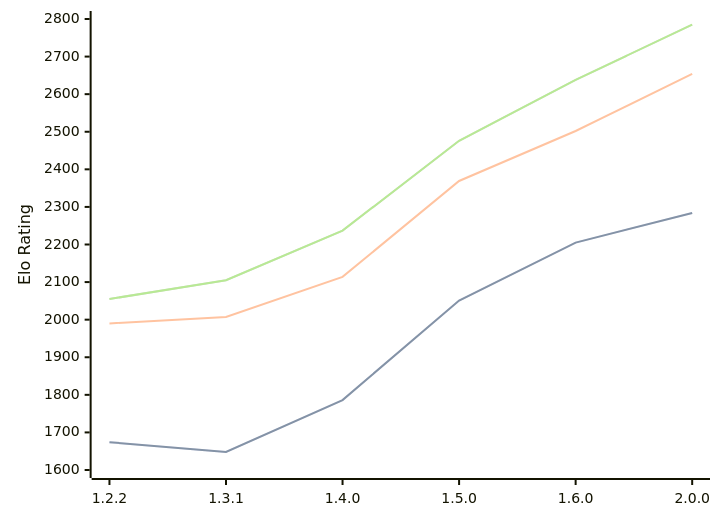
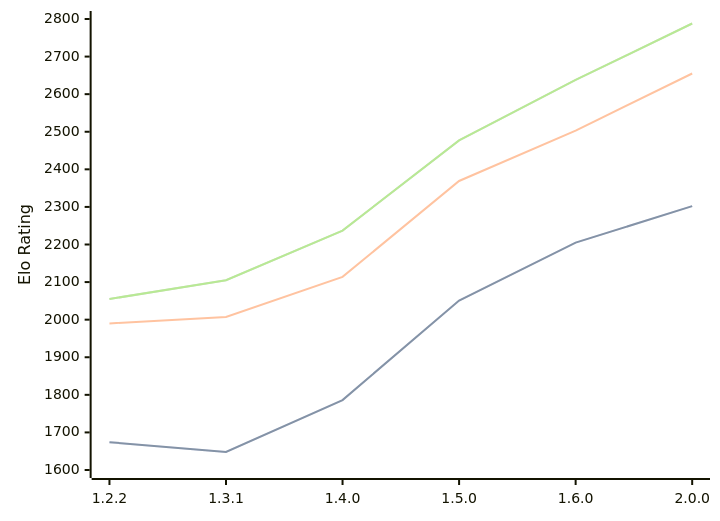
One commit to computer-chess-index/cci changed the diagram in engines/SoloEngine.md. Above: the diagram before and after it, drawn with Mermaid. The commit also changed other lines of this file, not shown here.

Commit message:
Update CCI Ratings (ELO VLTC) - 2026-03-28

````diff
--- a/engines/SoloEngine.md
+++ b/engines/SoloEngine.md
@@ -36,11 +36,11 @@
 ```mermaid
 %%{init: {"theme":"base","themeVariables":{"seriesColors:['#a3a3a3','#222221','#faa371']}}}%%
 xychart-beta
   x-axis ["1.2.2", "1.3.1", "1.4.0", "1.5.0", "1.6.0", "2.0.0"]
   y-axis "Elo Rating" 1600 --> 2800
-  line "STC (8.0+0.08s)" [1674, 1648, 1786, 2051, 2205, 2284]
-  line "STC (8.0+0.08s)" [1674, 1648, 1786, 2051, 2205, 2284]
-  line "LTC (60.0+0.60s)" [1990, 2007, 2114, 2369, 2502, 2654]
-  line "VLTC (2m24s+1.12s)" [2055, 2105, 2237, 2476, 2638, 2785]
-  line "VLTC (2m24s+1.12s)" [2055, 2105, 2237, 2476, 2638, 2785]
+  line "STC (8.0+0.08s)" [1674, 1648, 1786, 2051, 2205, 2302]
+  line "STC (8.0+0.08s)" [1674, 1648, 1786, 2051, 2205, 2302]
+  line "LTC (60.0+0.60s)" [1990, 2007, 2114, 2369, 2503, 2655]
+  line "VLTC (2m24s+1.12s)" [2055, 2105, 2237, 2477, 2638, 2788]
+  line "VLTC (2m24s+1.12s)" [2055, 2105, 2237, 2477, 2638, 2788]
 ```
````
